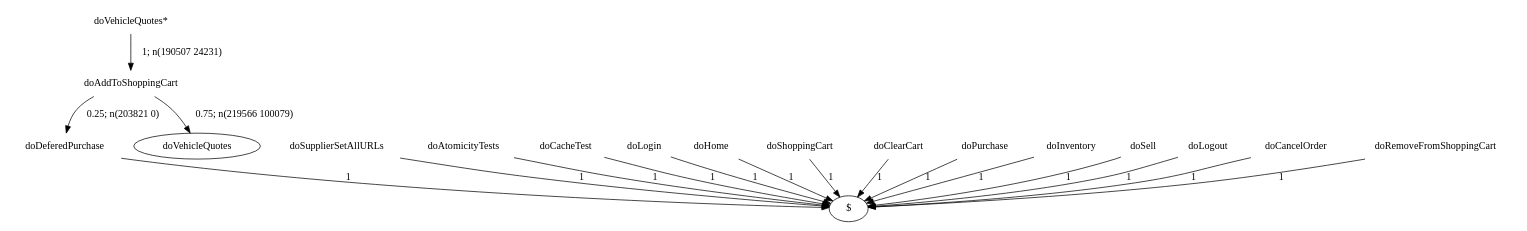
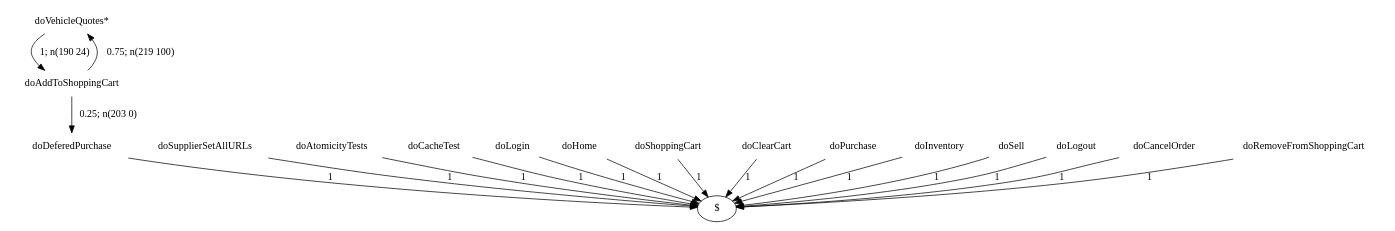
The diagram in examples/specj/output/none/graph146.dot (alperhi/wessbas.behaviorModelExtractor), drawn with Graphviz before and after one commit. The commit also changed 545 other files, not shown here.

Commit message:
fixed bug with initial states appearing twice (with and without '*') in a DOT graph; fixed time conversion from nanoseconds to milliseconds (uses TimeUnit now); updated example output and visualizations; removed input sessions with NULL-values from SPECj input folder;

```diff
--- a/examples/specj/output/none/graph146.dot
+++ b/examples/specj/output/none/graph146.dot
@@ -1,35 +1,35 @@
 digraph G {
 "doVehicleQuotes*" [label="doVehicleQuotes*",shape=none];
 "doSupplierSetAllURLs" [label="doSupplierSetAllURLs",shape=none];
 "doAtomicityTests" [label="doAtomicityTests",shape=none];
 "doCacheTest" [label="doCacheTest",shape=none];
 "doLogin" [label="doLogin",shape=none];
 "doAddToShoppingCart" [label="doAddToShoppingCart",shape=none];
 "doDeferedPurchase" [label="doDeferedPurchase",shape=none];
 "doHome" [label="doHome",shape=none];
 "doShoppingCart" [label="doShoppingCart",shape=none];
 "doClearCart" [label="doClearCart",shape=none];
 "doPurchase" [label="doPurchase",shape=none];
 "doInventory" [label="doInventory",shape=none];
 "doSell" [label="doSell",shape=none];
 "doLogout" [label="doLogout",shape=none];
 "doCancelOrder" [label="doCancelOrder",shape=none];
 "doRemoveFromShoppingCart" [label="doRemoveFromShoppingCart",shape=none];
-"doVehicleQuotes*"->"doAddToShoppingCart" [style=solid,label="1; n(190507 24231)"];
+"doVehicleQuotes*"->"doAddToShoppingCart" [style=solid,label="1; n(190 24)"];
 "doSupplierSetAllURLs"->"$" [style=solid,label="1"];
 "doAtomicityTests"->"$" [style=solid,label="1"];
 "doCacheTest"->"$" [style=solid,label="1"];
 "doLogin"->"$" [style=solid,label="1"];
-"doAddToShoppingCart"->"doVehicleQuotes" [style=solid,label="0.75; n(219566 100079)"];
-"doAddToShoppingCart"->"doDeferedPurchase" [style=solid,label="0.25; n(203821 0)"];
+"doAddToShoppingCart"->"doVehicleQuotes*" [style=solid,label="0.75; n(219 100)"];
+"doAddToShoppingCart"->"doDeferedPurchase" [style=solid,label="0.25; n(203 0)"];
 "doDeferedPurchase"->"$" [style=solid,label="1"];
 "doHome"->"$" [style=solid,label="1"];
 "doShoppingCart"->"$" [style=solid,label="1"];
 "doClearCart"->"$" [style=solid,label="1"];
 "doPurchase"->"$" [style=solid,label="1"];
 "doInventory"->"$" [style=solid,label="1"];
 "doSell"->"$" [style=solid,label="1"];
 "doLogout"->"$" [style=solid,label="1"];
 "doCancelOrder"->"$" [style=solid,label="1"];
 "doRemoveFromShoppingCart"->"$" [style=solid,label="1"];
 }
```
